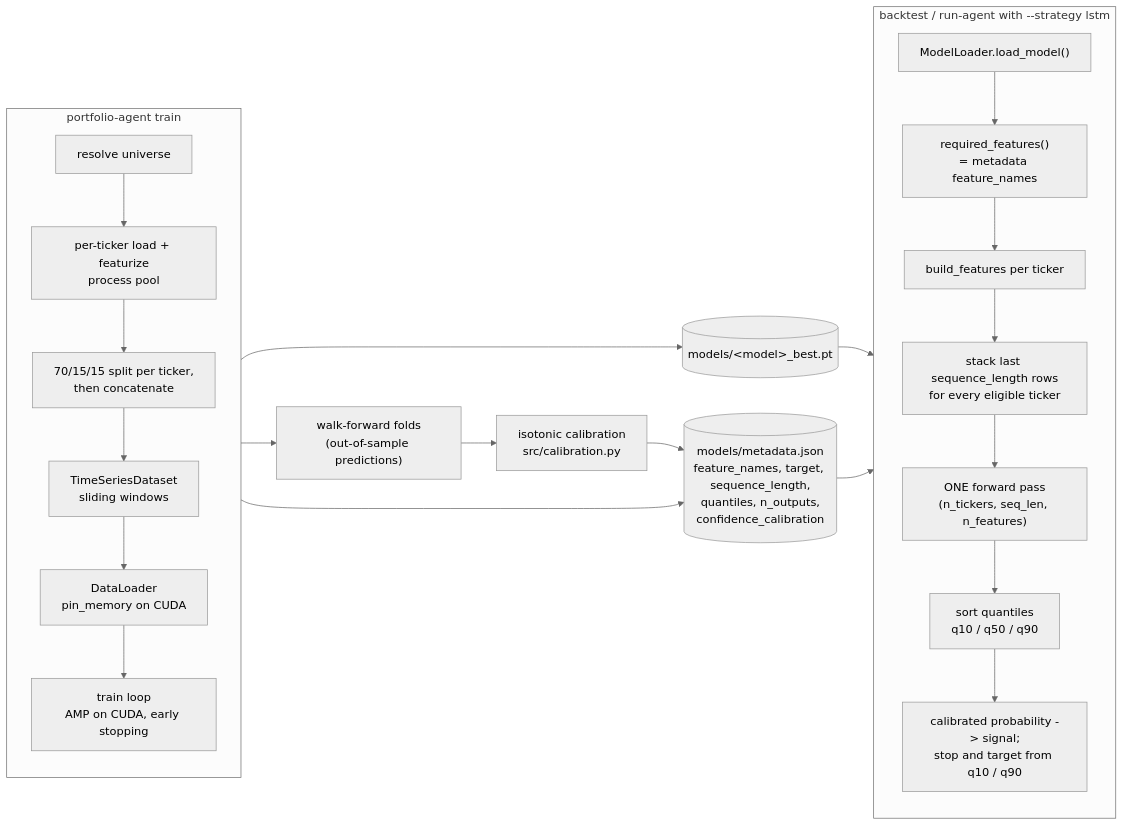
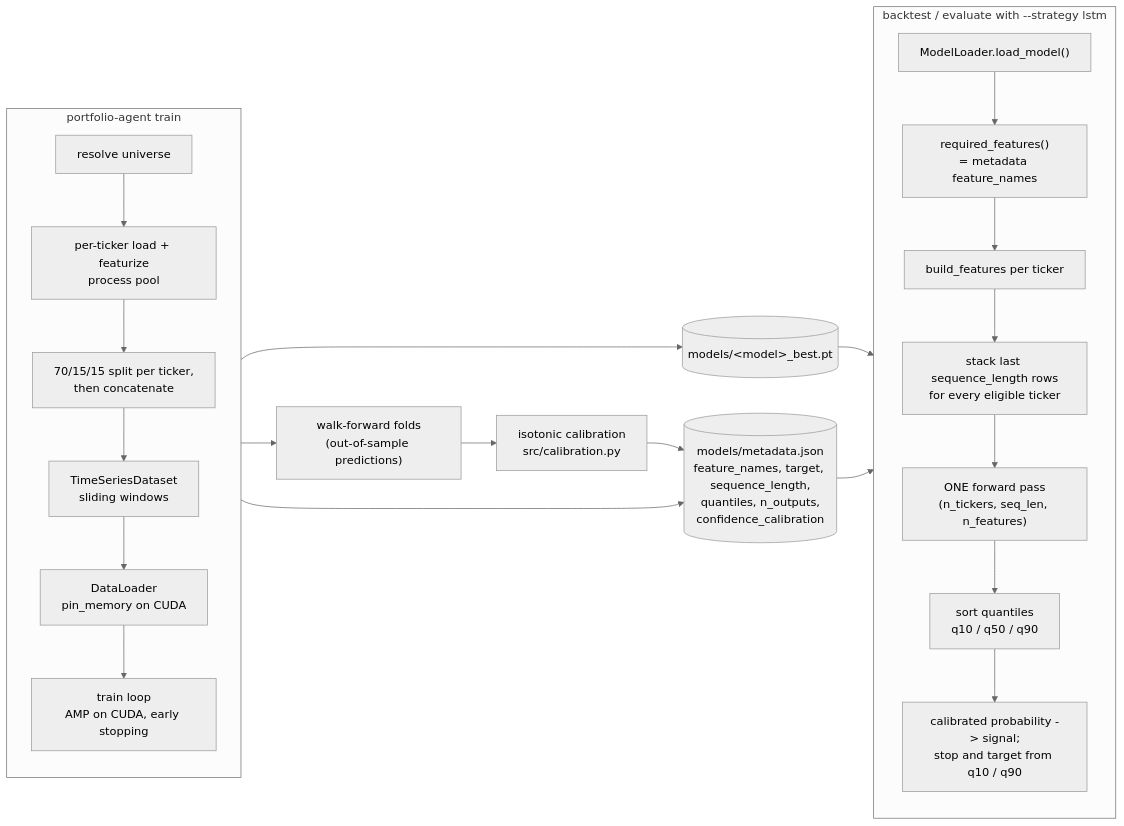
One commit to 3dwag98/afa changed the eighth of 15 diagrams in docs/ARCHITECTURE.md. Above: the diagram before and after it, drawn with Mermaid (neutral theme). The commit also changed other lines of this file and 2 other files, not shown here.

First line of the commit message:
Remove run-agent from the user-facing docs

````diff
--- a/docs/ARCHITECTURE.md
+++ b/docs/ARCHITECTURE.md
@@ -343,30 +343,30 @@
 ```mermaid
 flowchart LR
     subgraph train["portfolio-agent train"]
         direction TB
         T1["resolve universe"] --> T2["per-ticker load + featurize<br/>process pool"]
         T2 --> T3["70/15/15 split per ticker,<br/>then concatenate"]
         T3 --> T4["TimeSeriesDataset<br/>sliding windows"]
         T4 --> T5["DataLoader<br/>pin_memory on CUDA"]
         T5 --> T6["train loop<br/>AMP on CUDA, early stopping"]
     end
 
     T5 --> WF["walk-forward folds<br/>(out-of-sample predictions)"]
     WF --> CAL["isotonic calibration<br/>src/calibration.py"]
     T6 --> CKPT[("models/&lt;model&gt;_best.pt")]
     T6 --> META[("models/metadata.json<br/>feature_names, target, sequence_length,<br/>quantiles, n_outputs,<br/>confidence_calibration")]
     CAL --> META
 
-    subgraph infer["backtest / run-agent with --strategy lstm"]
+    subgraph infer["backtest / evaluate with --strategy lstm"]
         direction TB
         L["ModelLoader.load_model()"] --> RF["required_features()<br/>= metadata feature_names"]
         RF --> BF["build_features per ticker"]
         BF --> STACK["stack last sequence_length rows<br/>for every eligible ticker"]
         STACK --> FWD["ONE forward pass<br/>(n_tickers, seq_len, n_features)"]
         FWD --> Q["sort quantiles<br/>q10 / q50 / q90"]
         Q --> P["calibrated probability -> signal;<br/>stop and target from q10 / q90"]
     end
 
     CKPT --> L
     META --> L
 ```
````
